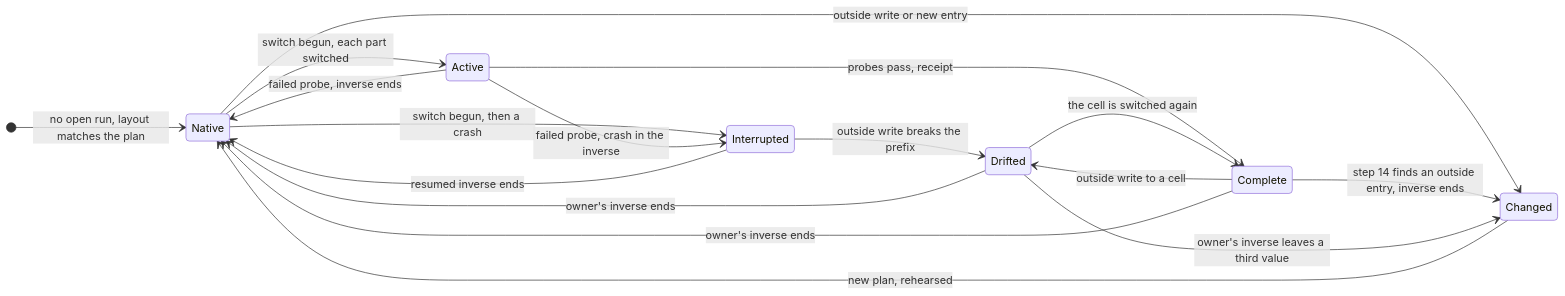
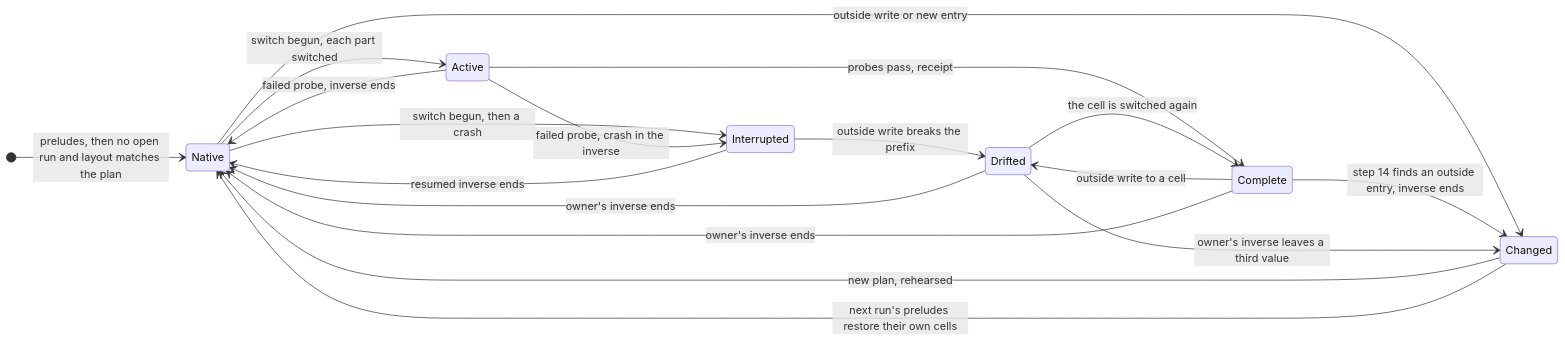
Before and after one commit to Linkuistics/grove: the diagram in docs/design/harness-selection-and-execution/owner-switch-states.mmd, drawn with Mermaid. The commit also changed 13 other files, not shown here.

Commit message:
Move the preludes of the owner switch into its step 3 (native-settings-recovery-k221)

```diff
--- a/docs/design/harness-selection-and-execution/owner-switch-states.mmd
+++ b/docs/design/harness-selection-and-execution/owner-switch-states.mmd
@@ -1,18 +1,19 @@
 stateDiagram-v2
     direction LR
-    [*] --> Native: no open run, layout matches the plan
+    [*] --> Native: preludes, then no open run and layout matches the plan
     Native --> Changed: outside write or new entry
     Changed --> Native: new plan, rehearsed
+    Changed --> Native: next run's preludes restore their own cells
     Native --> Interrupted: switch begun, then a crash
     Native --> Active: switch begun, each part switched
     Interrupted --> Native: resumed inverse ends
     Interrupted --> Drifted: outside write breaks the prefix
     Active --> Complete: probes pass, receipt
     Active --> Interrupted: failed probe, crash in the inverse
     Active --> Native: failed probe, inverse ends
     Complete --> Drifted: outside write to a cell
     Complete --> Changed: step 14 finds an outside entry, inverse ends
     Drifted --> Complete: the cell is switched again
     Drifted --> Native: owner's inverse ends
     Drifted --> Changed: owner's inverse leaves a third value
     Complete --> Native: owner's inverse ends
```
